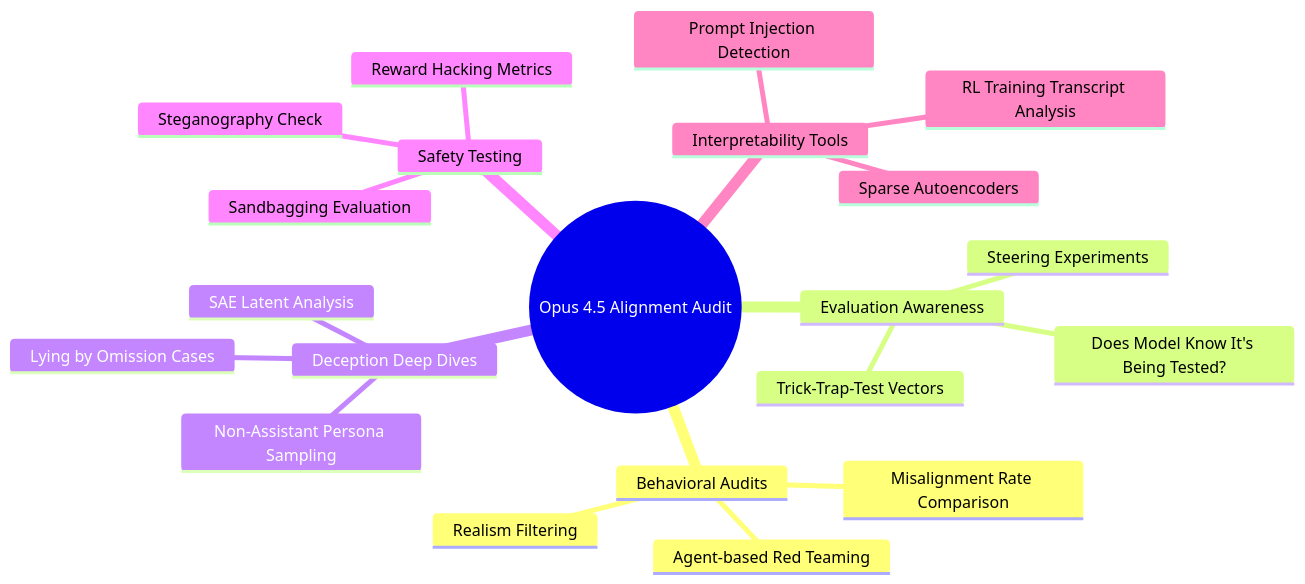
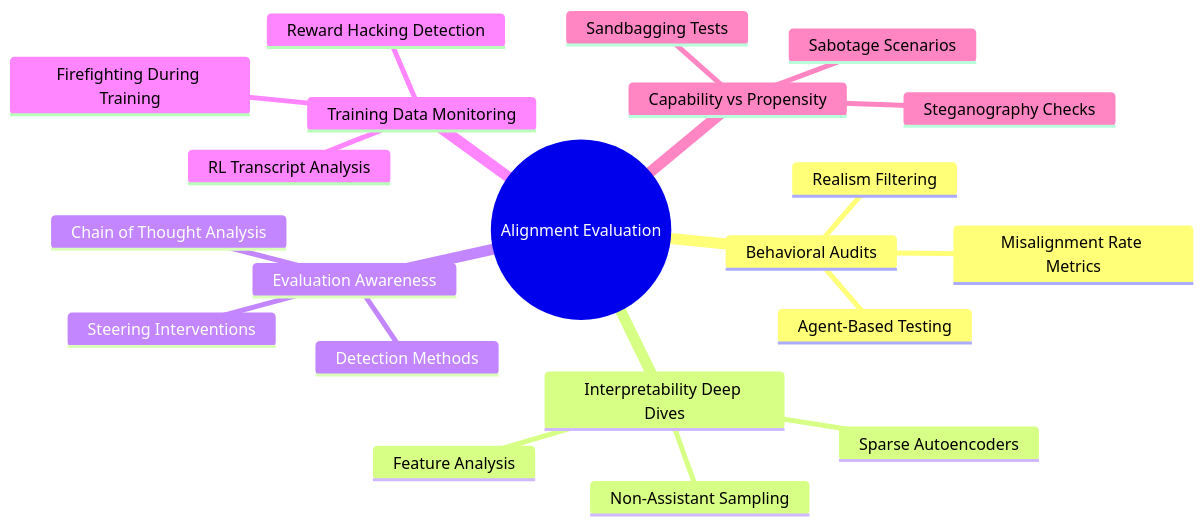
The diagram in Neel-Nanda/How Aligned Is Claude/summary.md (rafsid/Awesome-TLDR-AI-Trust-Alignment-Safety), drawn with Mermaid before and after one commit. The commit also changed other lines of this file and 3 other files, not shown here.

Commit message:
feat: Revise Claude alignment evaluation summary, update gitignore to exclude `.cursor`, and add/modify prompt files.

````diff
--- a/Neel-Nanda/How Aligned Is Claude/summary.md
+++ b/Neel-Nanda/How Aligned Is Claude/summary.md
@@ -7,24 +7,24 @@
 ```mermaid
 mindmap
-  root((Opus 4.5 Alignment Audit))
+  root((Alignment Evaluation))
     Behavioral Audits
-      Agent-based Red Teaming
+      Agent-Based Testing
       Realism Filtering
-      Misalignment Rate Comparison
+      Misalignment Rate Metrics
+    Interpretability Deep Dives
+      Sparse Autoencoders
+      Non-Assistant Sampling
+      Feature Analysis
     Evaluation Awareness
-      Does Model Know It's Being Tested?
-      Steering Experiments
-      Trick-Trap-Test Vectors
-    Deception Deep Dives
-      Lying by Omission Cases
-      SAE Latent Analysis
-      Non-Assistant Persona Sampling
-    Safety Testing
-      Steganography Check
-      Sandbagging Evaluation
-      Reward Hacking Metrics
-    Interpretability Tools
-      Sparse Autoencoders
-      Prompt Injection Detection
-      RL Training Transcript Analysis
+      Detection Methods
+      Steering Interventions
+      Chain of Thought Analysis
+    Training Data Monitoring
+      RL Transcript Analysis
+      Firefighting During Training
+      Reward Hacking Detection
+    Capability vs Propensity
+      Sandbagging Tests
+      Steganography Checks
+      Sabotage Scenarios
 ```
````
